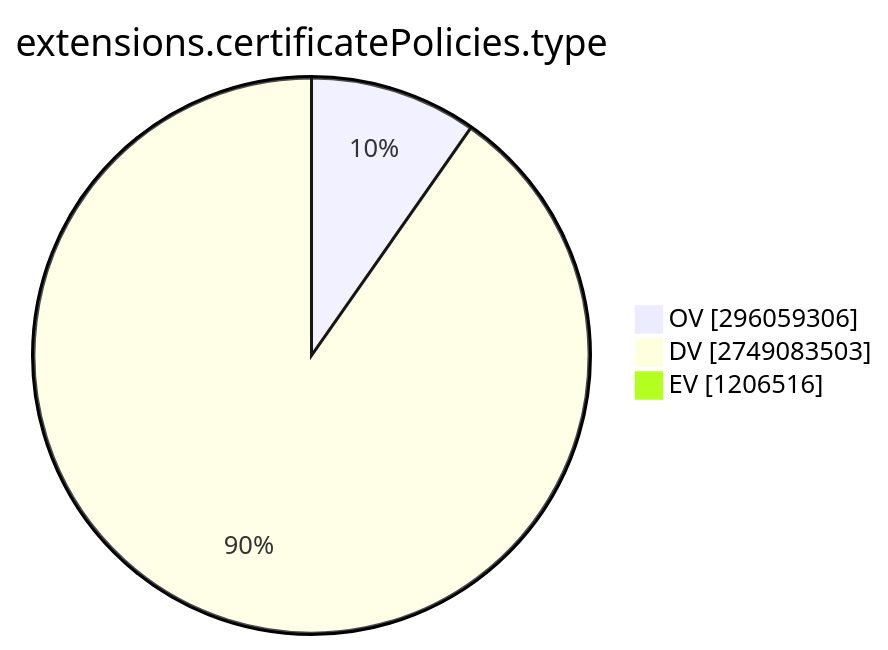
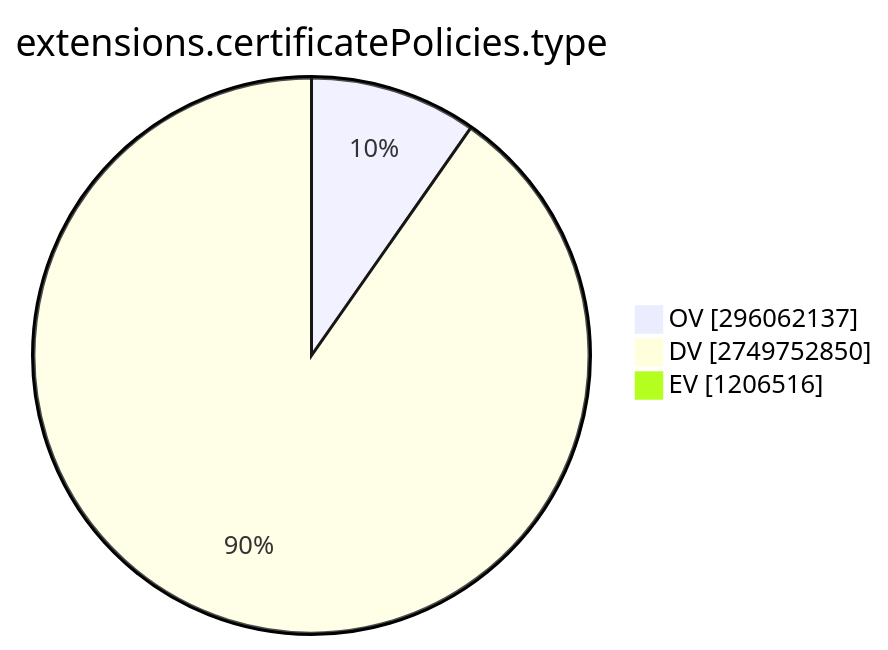
Before and after one commit to christiankrug/ctmonitor_visualization: the ninth of 15 diagrams in TOTAL/README.md, drawn with Mermaid. The commit also changed other lines of this file, not shown here.

````diff
--- a/TOTAL/README.md
+++ b/TOTAL/README.md
@@ -3098,7 +3098,7 @@
 ```mermaid
 pie showData
 title extensions.certificatePolicies.type
-"OV" :296059306
-"DV" :2749083503
+"OV" :296062137
+"DV" :2749752850
 "EV" :1206516
 ```
````
